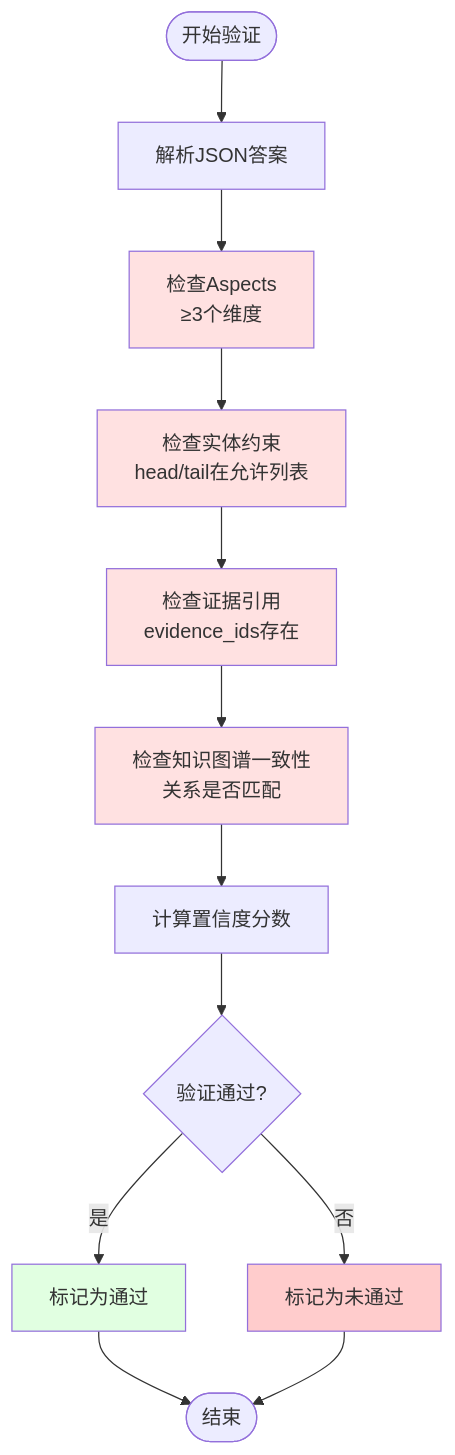
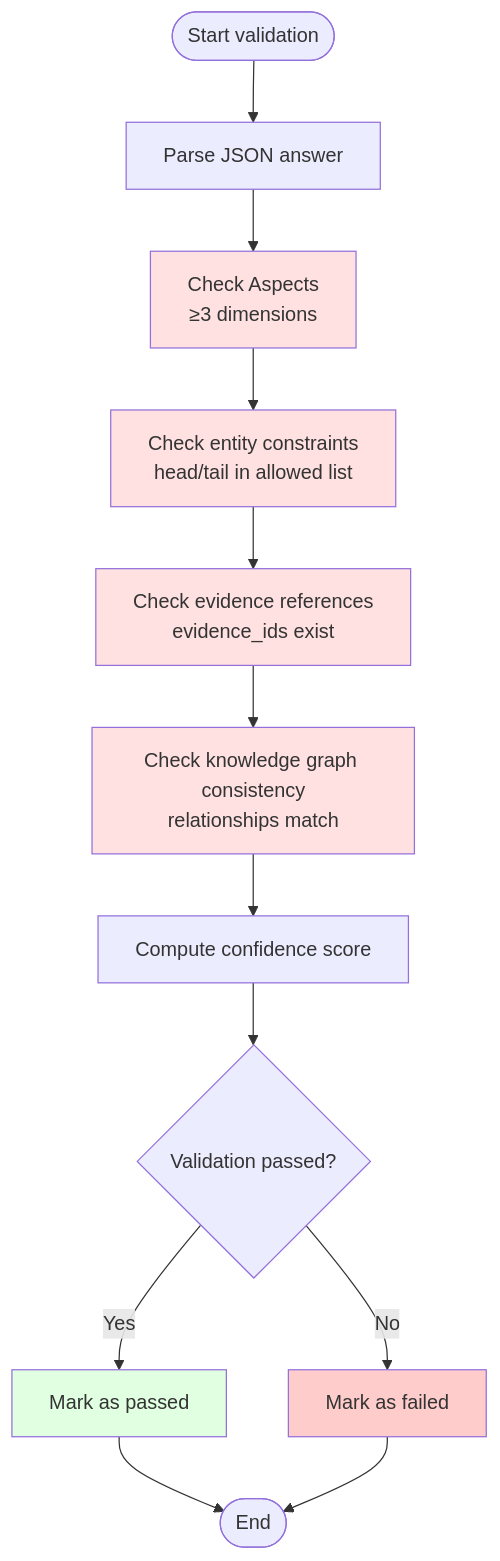
Before and after one commit to JackKuo666/QALoop: the fourth of 7 diagrams in pipelines/kg_synthesis/README.md, drawn with Mermaid. The commit also changed other lines of this file and 25 other files, not shown here.

````diff
--- a/pipelines/kg_synthesis/README.md
+++ b/pipelines/kg_synthesis/README.md
@@ -415,21 +415,21 @@
 ```mermaid
 graph TD
-    Start([开始验证]) --> Parse[解析JSON答案]
-    Parse --> CheckAspect[检查Aspects<br/>≥3个维度]
-    CheckAspect --> CheckEntity[检查实体约束<br/>head/tail在允许列表]
-    CheckEntity --> CheckEvidence[检查证据引用<br/>evidence_ids存在]
-    CheckEvidence --> CheckKG[检查知识图谱一致性<br/>关系是否匹配]
-    CheckKG --> CalcScore[计算置信度分数]
-    CalcScore --> Decision{验证通过?}
-    Decision -->|是| Pass[标记为通过]
-    Decision -->|否| Fail[标记为未通过]
-    Pass --> End([结束])
+    Start([Start validation]) --> Parse[Parse JSON answer]
+    Parse --> CheckAspect[Check Aspects<br/>≥3 dimensions]
+    CheckAspect --> CheckEntity[Check entity constraints<br/>head/tail in allowed list]
+    CheckEntity --> CheckEvidence[Check evidence references<br/>evidence_ids exist]
+    CheckEvidence --> CheckKG[Check knowledge graph consistency<br/>relationships match]
+    CheckKG --> CalcScore[Compute confidence score]
+    CalcScore --> Decision{Validation passed?}
+    Decision -->|Yes| Pass[Mark as passed]
+    Decision -->|No| Fail[Mark as failed]
+    Pass --> End([End])
     Fail --> End
     
     style CheckAspect fill:#ffe1e1
     style CheckEntity fill:#ffe1e1
     style CheckEvidence fill:#ffe1e1
     style CheckKG fill:#ffe1e1
     style Pass fill:#e1ffe1
     style Fail fill:#ffcccc
 ```
````
